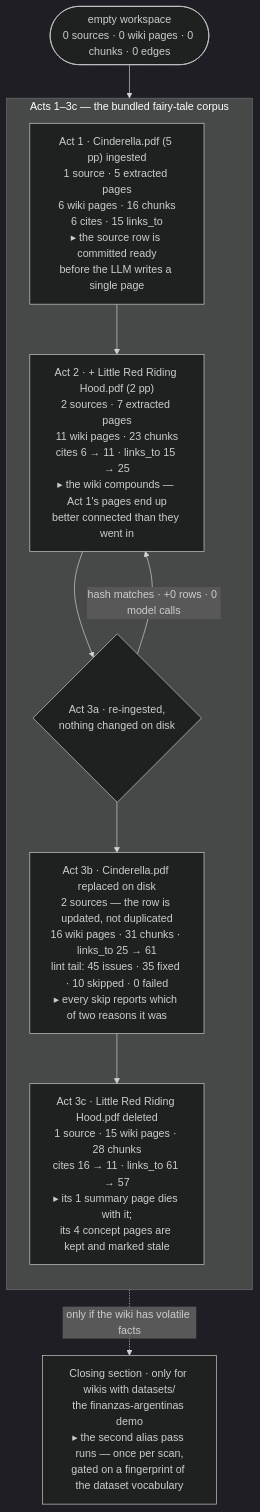
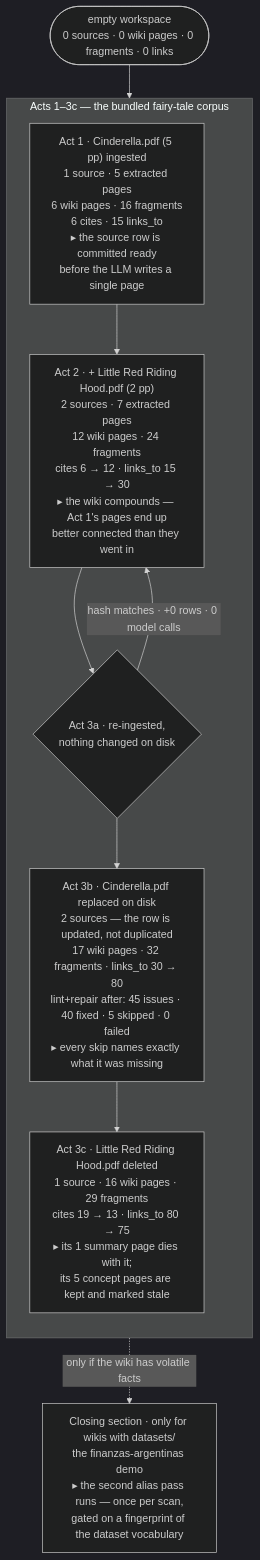
Before and after one commit to Clod/llmwiki-marimo: the second of 3 diagrams in docs/ingestion_walkthrough.md, drawn with Mermaid (dark theme). The commit also changed other lines of this file and 5 other files, not shown here.

````diff
--- a/docs/ingestion_walkthrough.md
+++ b/docs/ingestion_walkthrough.md
@@ -302,19 +475,19 @@
 ```mermaid
 flowchart TD
-    E(["empty workspace<br/>0 sources · 0 wiki pages · 0 chunks · 0 edges"])
+    E(["empty workspace<br/>0 sources · 0 wiki pages · 0 fragments · 0 links"])
 
     subgraph FT ["Acts 1–3c — the bundled fairy-tale corpus"]
         direction TB
-        A1["Act 1 · Cinderella.pdf (5 pp) ingested<br/>1 source · 5 extracted pages<br/>6 wiki pages · 16 chunks<br/>6 cites · 15 links_to<br/>▸ the source row is committed ready<br/>before the LLM writes a single page"]
-        A2["Act 2 · + Little Red Riding Hood.pdf (2 pp)<br/>2 sources · 7 extracted pages<br/>11 wiki pages · 23 chunks<br/>cites 6 → 11 · links_to 15 → 25<br/>▸ the wiki compounds — Act 1's pages end up<br/>better connected than they went in"]
+        A1["Act 1 · Cinderella.pdf (5 pp) ingested<br/>1 source · 5 extracted pages<br/>6 wiki pages · 16 fragments<br/>6 cites · 15 links_to<br/>▸ the source row is committed ready<br/>before the LLM writes a single page"]
+        A2["Act 2 · + Little Red Riding Hood.pdf (2 pp)<br/>2 sources · 7 extracted pages<br/>12 wiki pages · 24 fragments<br/>cites 6 → 12 · links_to 15 → 30<br/>▸ the wiki compounds — Act 1's pages end up<br/>better connected than they went in"]
         A3a{"Act 3a · re-ingested,<br/>nothing changed on disk"}
-        A3b["Act 3b · Cinderella.pdf replaced on disk<br/>2 sources — the row is updated, not duplicated<br/>16 wiki pages · 31 chunks · links_to 25 → 61<br/>lint tail: 45 issues · 35 fixed · 10 skipped · 0 failed<br/>▸ every skip reports which of two reasons it was"]
-        A3c["Act 3c · Little Red Riding Hood.pdf deleted<br/>1 source · 15 wiki pages · 28 chunks<br/>cites 16 → 11 · links_to 61 → 57<br/>▸ its 1 summary page dies with it;<br/>its 4 concept pages are kept and marked stale"]
+        A3b["Act 3b · Cinderella.pdf replaced on disk<br/>2 sources — the row is updated, not duplicated<br/>17 wiki pages · 32 fragments · links_to 30 → 80<br/>lint+repair after: 45 issues · 40 fixed · 5 skipped · 0 failed<br/>▸ every skip names exactly what it was missing"]
+        A3c["Act 3c · Little Red Riding Hood.pdf deleted<br/>1 source · 16 wiki pages · 29 fragments<br/>cites 19 → 13 · links_to 80 → 75<br/>▸ its 1 summary page dies with it;<br/>its 5 concept pages are kept and marked stale"]
     end
 
     COD["Closing section · only for wikis with datasets/<br/>the finanzas-argentinas demo<br/>▸ the second alias pass runs — once per scan,<br/>gated on a fingerprint of the dataset vocabulary"]
 
     E --> A1 --> A2 --> A3a
     A3a -->|"hash matches · +0 rows · 0 model calls"| A2
     A3a --> A3b --> A3c -.->|"only if the wiki has volatile facts"| COD
 ```
````
